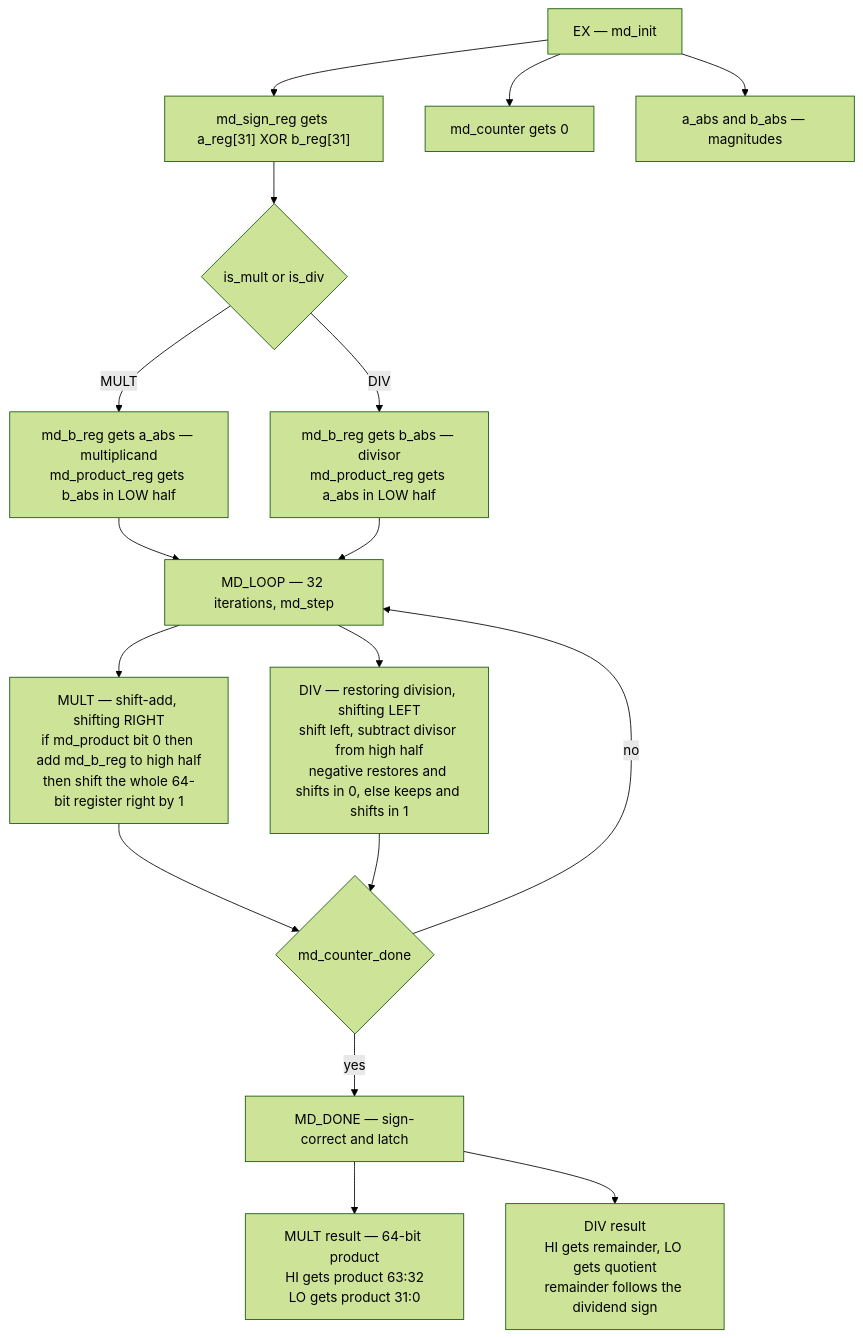
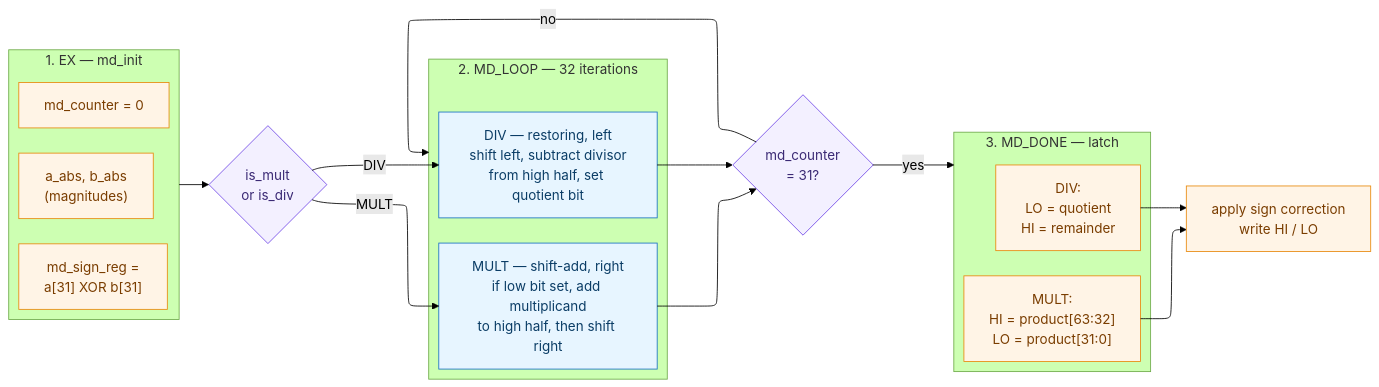
One commit to AtikRahat/mips-multi-cycle-cpu changed the fifth of 11 diagrams in ARCHITECTURE.md. Above: the diagram before and after it, drawn with Mermaid (forest theme). The commit also changed other lines of this file and 13 other files, not shown here.

First line of the commit message:
Switch architecture diagrams to the ELK layout engine

````diff
--- a/ARCHITECTURE.md
+++ b/ARCHITECTURE.md
@@ -333,27 +314,44 @@
 ```mermaid
-flowchart TD
-    INIT["EX — md_init"]
+%%{init: {"flowchart": {"defaultRenderer": "elk"}} }%%
+flowchart LR
+    subgraph INIT["1. EX — md_init"]
+        direction TB
+        I1["md_sign_reg =<br/>a[31] XOR b[31]"]
+        I2["md_counter = 0"]
+        I3["a_abs, b_abs<br/>(magnitudes)"]
+    end
 
-    INIT --> SIGN["md_sign_reg gets a_reg[31] XOR b_reg[31]"]
-    INIT --> CNT["md_counter gets 0"]
-    INIT --> ABS["a_abs and b_abs — magnitudes"]
+    SEL{"is_mult<br/>or is_div"}
+    CQ{"md_counter<br/>= 31?"}
 
-    SIGN --> SEL{"is_mult or is_div"}
+    subgraph LOOP["2. MD_LOOP — 32 iterations"]
+        direction TB
+        M["MULT — shift-add, right<br/>if low bit set, add multiplicand<br/>to high half, then shift right"]
+        D["DIV — restoring, left<br/>shift left, subtract divisor<br/>from high half, set quotient bit"]
+    end
 
-    SEL -->|MULT| MSET["md_b_reg gets a_abs — multiplicand<br/>md_product_reg gets b_abs in LOW half"]
-    SEL -->|DIV| DSET["md_b_reg gets b_abs — divisor<br/>md_product_reg gets a_abs in LOW half"]
+    subgraph DONE["3. MD_DONE — latch"]
+        direction TB
+        MOut["MULT:<br/>HI = product[63:32]<br/>LO = product[31:0]"]
+        DOut["DIV:<br/>LO = quotient<br/>HI = remainder"]
+    end
 
-    MSET --> LOOP["MD_LOOP — 32 iterations, md_step"]
-    DSET --> LOOP
+    SGN["apply sign correction<br/>write HI / LO"]
 
-    LOOP --> MSTEP["MULT — shift-add, shifting RIGHT<br/>if md_product bit 0 then add md_b_reg to high half<br/>then shift the whole 64-bit register right by 1"]
-    LOOP --> DSTEP["DIV — restoring division, shifting LEFT<br/>shift left, subtract divisor from high half<br/>negative restores and shifts in 0, else keeps and shifts in 1"]
+    INIT --> SEL
+    SEL -->|MULT| M
+    SEL -->|DIV| D
+    M --> CQ
+    D --> CQ
+    CQ -->|no| LOOP
+    CQ -->|yes| DONE
+    MOut --> SGN
+    DOut --> SGN
 
-    MSTEP --> DONEQ{"md_counter_done"}
-    DSTEP --> DONEQ
-    DONEQ -->|no| LOOP
-    DONEQ -->|yes| MDD["MD_DONE — sign-correct and latch"]
-
-    MDD --> MOUT["MULT result — 64-bit product<br/>HI gets product 63:32<br/>LO gets product 31:0"]
-    MDD --> DOUT["DIV result<br/>HI gets remainder, LO gets quotient<br/>remainder follows the dividend sign"]
+    classDef store fill:#fff4e6,stroke:#e8890c,color:#7a3d00
+    classDef comp fill:#e7f5ff,stroke:#1971c2,color:#0b3d66
+    classDef sel fill:#f3f0ff,stroke:#7048e8,color:#3b2a75
+    class I1,I2,I3,MOut,DOut,SGN store
+    class M,D comp
+    class SEL,CQ sel
 ```
````
